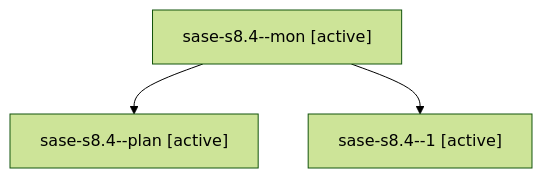
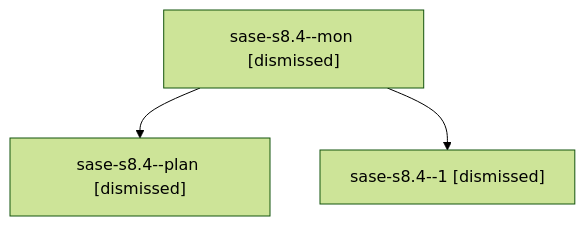
One commit to sase-org/sase--agents changed the diagram in sessions/bbugyi200.athena.sase-s8.4.md. Above: the diagram before and after it, drawn with Mermaid (forest theme). The commit also changed other lines of this file and 97 other files, not shown here.

````diff
--- a/sessions/bbugyi200.athena.sase-s8.4.md
+++ b/sessions/bbugyi200.athena.sase-s8.4.md
@@ -9,8 +9,8 @@
 ```mermaid
 flowchart TD
-  n0["sase-s8.4--mon [active]"]
-  n1["sase-s8.4--plan [active]"]
+  n0["sase-s8.4--mon [dismissed]"]
+  n1["sase-s8.4--plan [dismissed]"]
   n0 --> n1
-  n2["sase-s8.4--1 [active]"]
+  n2["sase-s8.4--1 [dismissed]"]
   n0 --> n2
 ```
````
